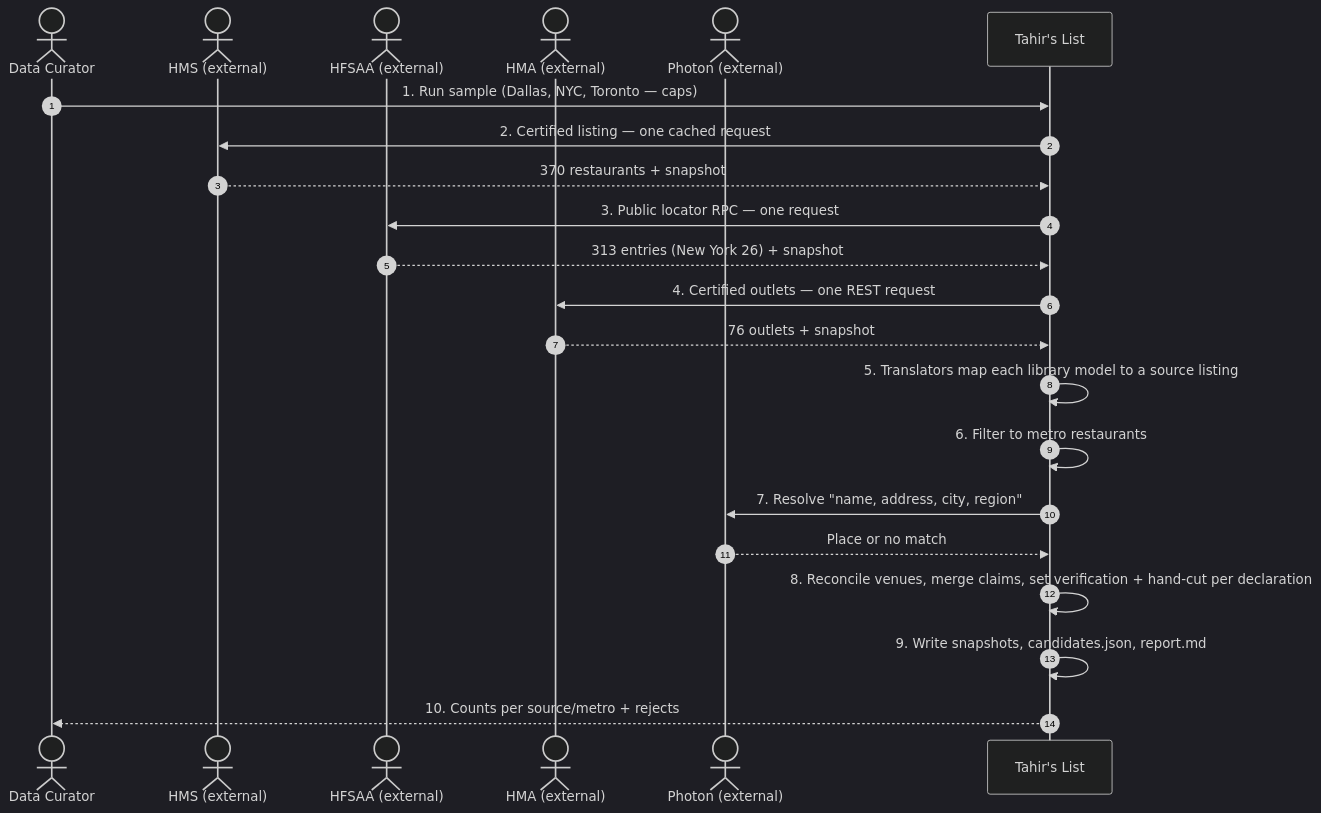
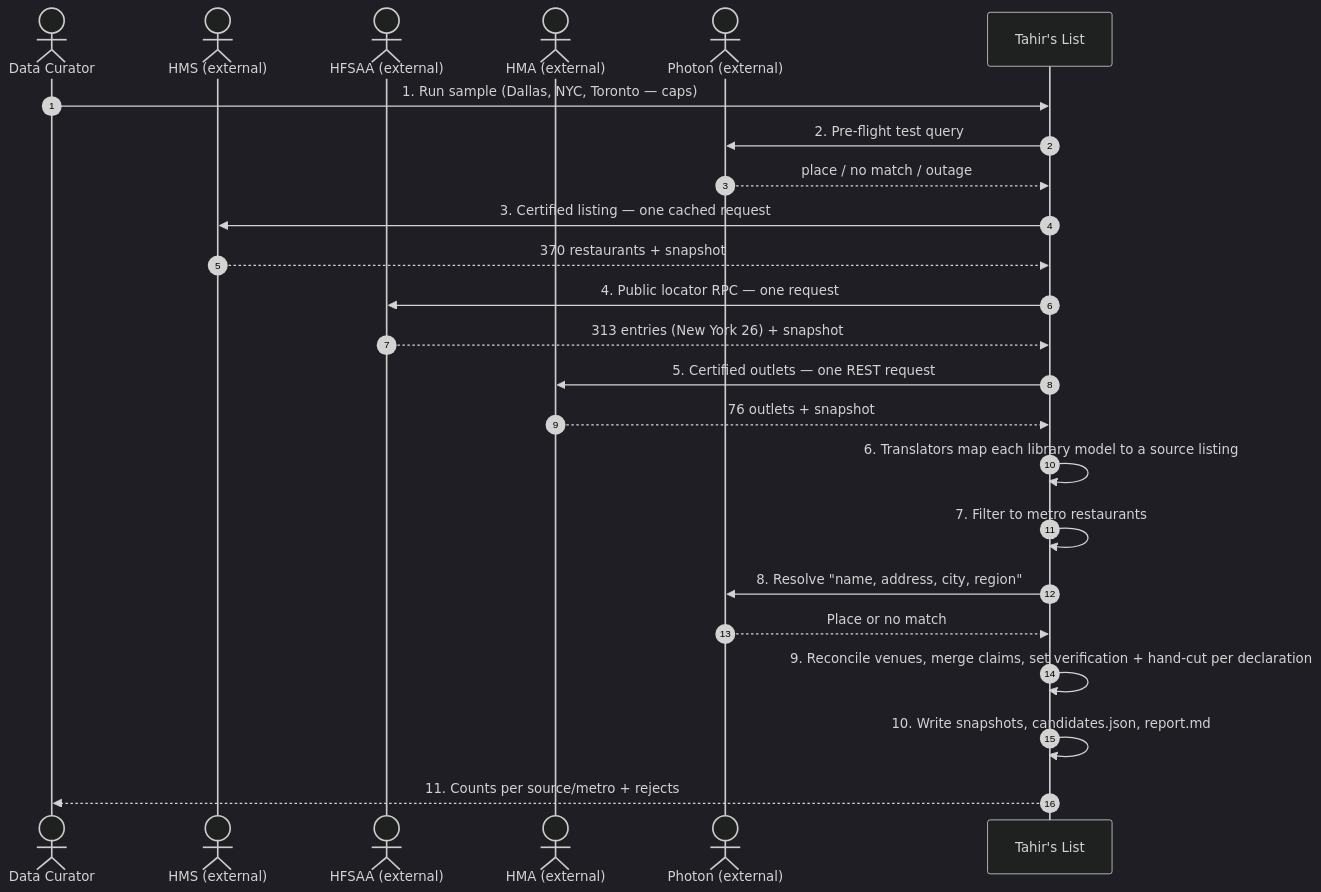
The first of 12 diagrams in docs/features/SC-211/04-blackbox/UC-01-run-sample-directory-ingestion.md (Losers-Lab/tahirs-list), drawn with Mermaid (dark theme) before and after one commit. The commit also changed other lines of this file and 8 other files, not shown here.

Commit message:
[SC-211] Add Photon pre-flight to design

````diff
--- a/docs/features/SC-211/04-blackbox/UC-01-run-sample-directory-ingestion.md
+++ b/docs/features/SC-211/04-blackbox/UC-01-run-sample-directory-ingestion.md
@@ -6,24 +6,26 @@
 ```mermaid
 sequenceDiagram
   autonumber
   actor DC as Data Curator
   actor HMS as HMS (external)
   actor HF as HFSAA (external)
   actor HM as HMA (external)
   actor PH as Photon (external)
   participant TL as Tahir's List
   DC->>TL: 1. Run sample (Dallas, NYC, Toronto — caps)
-  TL->>HMS: 2. Certified listing — one cached request
+  TL->>PH: 2. Pre-flight test query
+  PH-->>TL: place / no match / outage
+  TL->>HMS: 3. Certified listing — one cached request
   HMS-->>TL: 370 restaurants + snapshot
-  TL->>HF: 3. Public locator RPC — one request
+  TL->>HF: 4. Public locator RPC — one request
   HF-->>TL: 313 entries (New York 26) + snapshot
-  TL->>HM: 4. Certified outlets — one REST request
+  TL->>HM: 5. Certified outlets — one REST request
   HM-->>TL: 76 outlets + snapshot
-  TL->>TL: 5. Translators map each library model to a source listing
-  TL->>TL: 6. Filter to metro restaurants
-  TL->>PH: 7. Resolve "name, address, city, region"
+  TL->>TL: 6. Translators map each library model to a source listing
+  TL->>TL: 7. Filter to metro restaurants
+  TL->>PH: 8. Resolve "name, address, city, region"
   PH-->>TL: Place or no match
-  TL->>TL: 8. Reconcile venues, merge claims, set verification + hand-cut per declaration
-  TL->>TL: 9. Write snapshots, candidates.json, report.md
-  TL-->>DC: 10. Counts per source/metro + rejects
+  TL->>TL: 9. Reconcile venues, merge claims, set verification + hand-cut per declaration
+  TL->>TL: 10. Write snapshots, candidates.json, report.md
+  TL-->>DC: 11. Counts per source/metro + rejects
 ```
````
